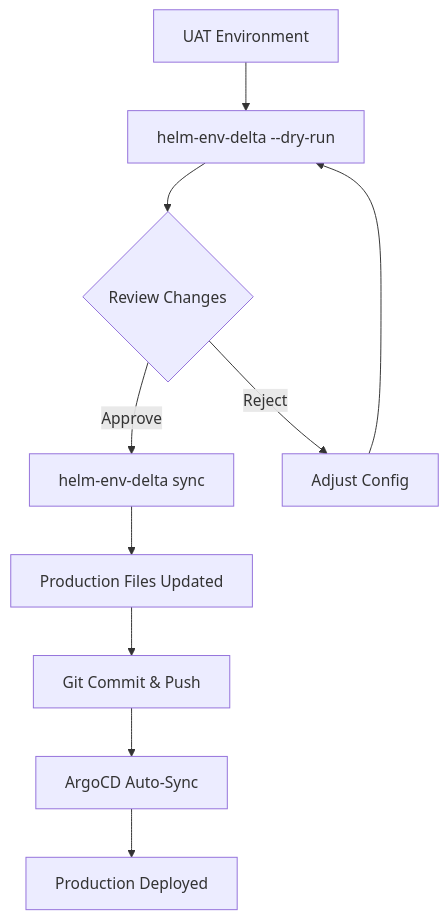
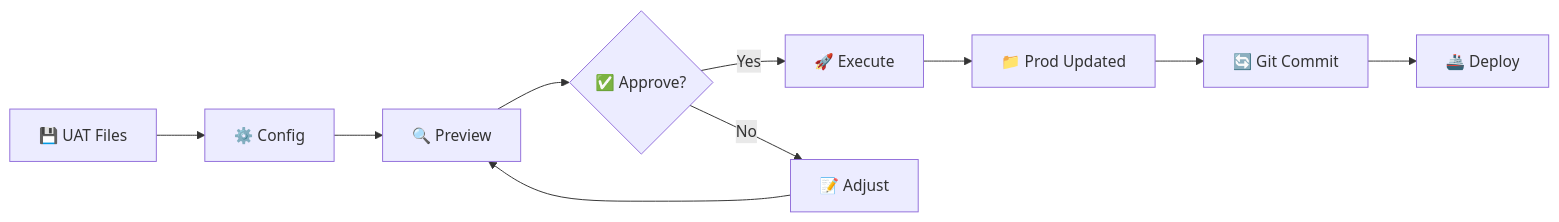
The diagram in README.md (BCsabaEngine/helm-env-delta), drawn with Mermaid before and after one commit. The commit also changed other lines of this file and 15 other files, not shown here.

````diff
--- a/README.md
+++ b/README.md
@@ -634,12 +453,12 @@
 ```mermaid
-flowchart TD
-    A[UAT Environment] --> B[helm-env-delta --dry-run]
-    B --> C{Review Changes}
-    C -->|Approve| D[helm-env-delta sync]
-    C -->|Reject| E[Adjust Config]
-    E --> B
-    D --> F[Production Files Updated]
-    F --> G[Git Commit & Push]
-    G --> H[ArgoCD Auto-Sync]
-    H --> I[Production Deployed]
+flowchart LR
+    A[💾 UAT Files] --> B[⚙️ Config]
+    B --> C[🔍 Preview]
+    C --> D{✅ Approve?}
+    D -->|Yes| E[🚀 Execute]
+    D -->|No| F[📝 Adjust]
+    F --> C
+    E --> G[📁 Prod Updated]
+    G --> H[🔄 Git Commit]
+    H --> I[🚢 Deploy]
 ```
````
